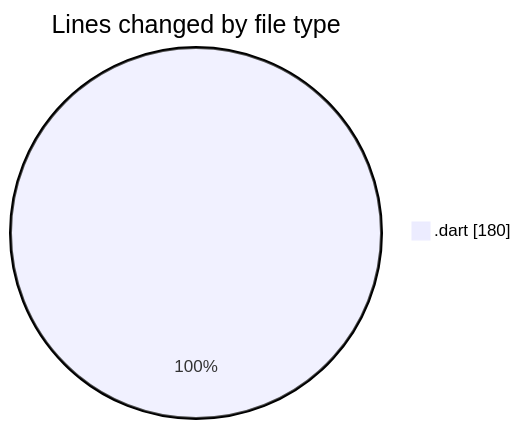
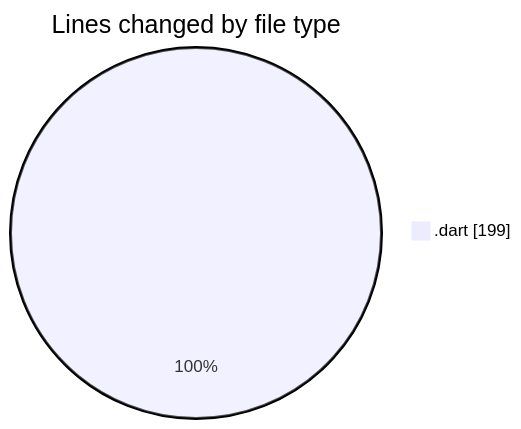
One commit to donsfak/code-tracking changed the first of 2 diagrams in 2025-03-25/wordle/README.md. Above: the diagram before and after it, drawn with Mermaid. The commit also changed other lines of this file and 1 other file, not shown here.

````diff
--- a/2025-03-25/wordle/README.md
+++ b/2025-03-25/wordle/README.md
@@ -24,5 +25,5 @@
 ```mermaid
 pie showData
 title Lines changed by file type
-".dart" : 180
+".dart" : 199
 ```
````
